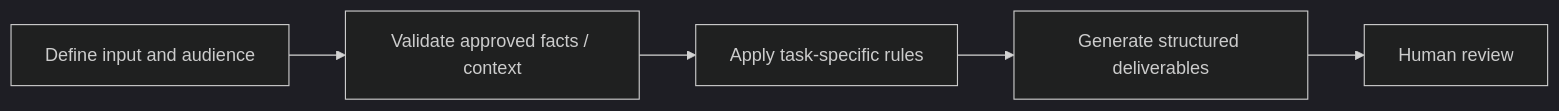
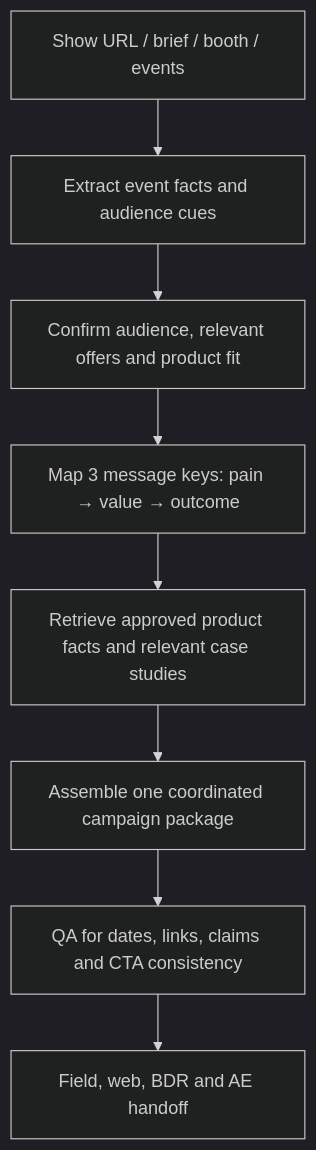
Before and after one commit to jtwood7/ai-growth-automation-portfolio: the diagram in marketing/trade-show-campaigns.md, drawn with Mermaid (dark theme). The commit also changed other lines of this file, not shown here.

Commit message:
Ground marketing case study in tool-card workflow and operational value

````diff
--- a/marketing/trade-show-campaigns.md
+++ b/marketing/trade-show-campaigns.md
@@ -11,7 +13,10 @@
 ```mermaid
-flowchart LR
- A["Define input and audience"] --> B["Validate approved facts / context"]
- B --> C["Apply task-specific rules"]
- C --> D["Generate structured deliverables"]
- D --> E["Human review"]
+flowchart TD
+ A["Show URL / brief / booth / events"] --> B["Extract event facts and audience cues"]
+ B --> C["Confirm audience, relevant offers and product fit"]
+ C --> D["Map 3 message keys: pain → value → outcome"]
+ D --> E["Retrieve approved product facts and relevant case studies"]
+ E --> F["Assemble one coordinated campaign package"]
+ F --> G["QA for dates, links, claims and CTA consistency"]
+ G --> H["Field, web, BDR and AE handoff"]
 ```
````
